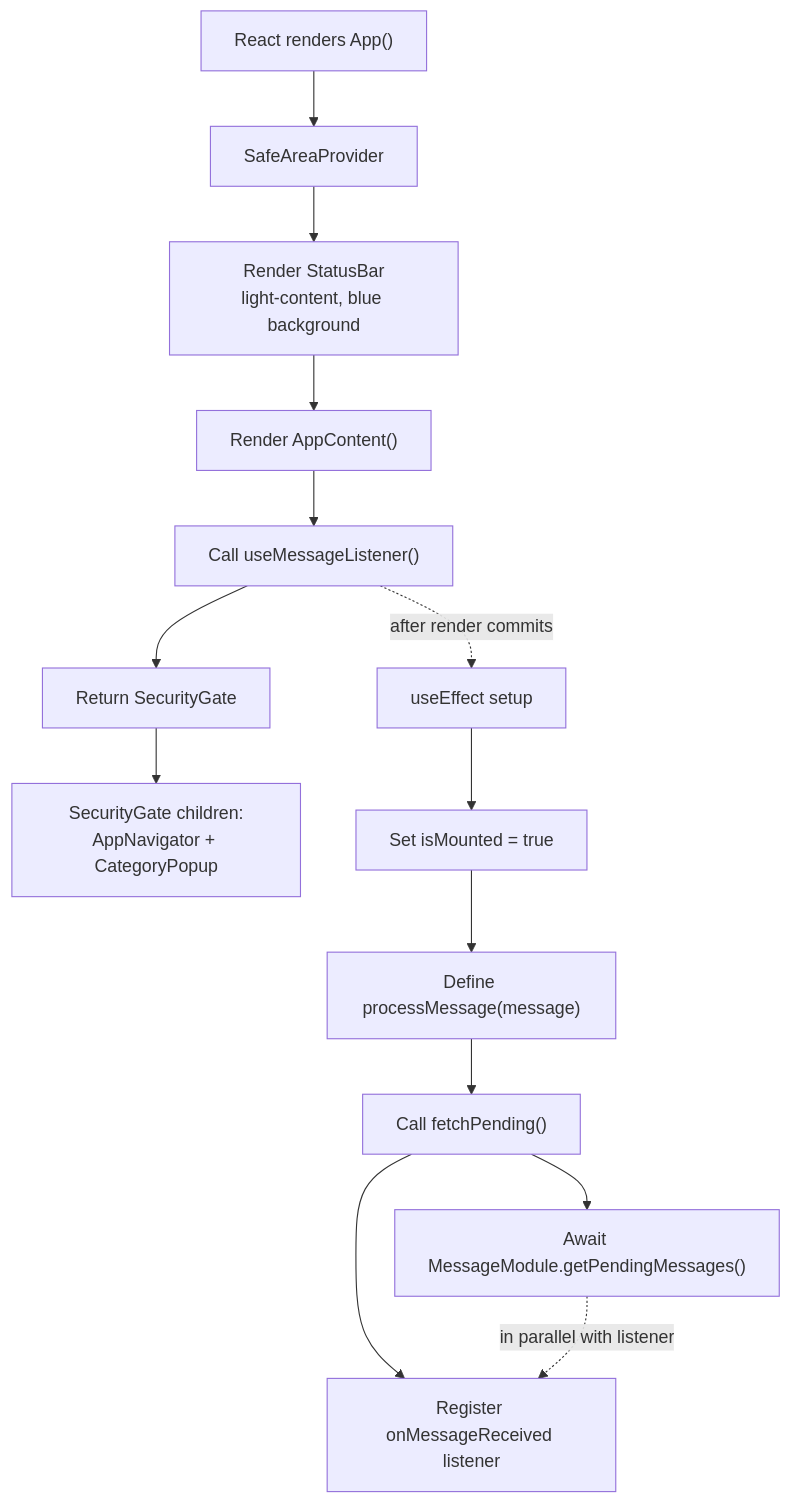
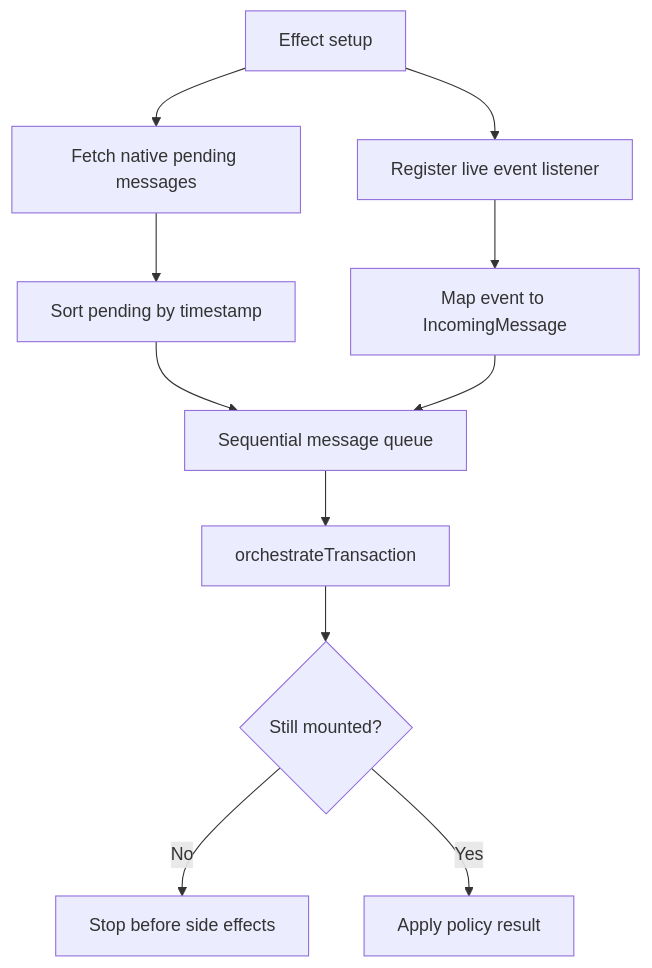
One commit to GangSagar/expenses-tracker-app changed the first of 2 diagrams in docs/APP_MESSAGE_LISTENER_FLOW.md. Above: the diagram before and after it, drawn with Mermaid. The commit also changed other lines of this file and 23 other files, not shown here.

Commit message:
refactor phase_v2: modularize transaction decision policy and modernize expense orchestration pipeline

````diff
--- a/docs/APP_MESSAGE_LISTENER_FLOW.md
+++ b/docs/APP_MESSAGE_LISTENER_FLOW.md
@@ -7,17 +15,13 @@
 ```mermaid
 flowchart TD
-    Entry["React renders App()"] --> SafeArea["SafeAreaProvider"]
-    SafeArea --> Status["Render StatusBar<br/>light-content, blue background"]
-    Status --> Content["Render AppContent()"]
-    Content --> Hook["Call useMessageListener()"]
-    Hook --> ReturnTree["Return SecurityGate"]
-    ReturnTree --> Children["SecurityGate children:<br/>AppNavigator + CategoryPopup"]
-
-    Hook -. "after render commits" .-> Effect["useEffect setup"]
-    Effect --> Mounted["Set isMounted = true"]
-    Mounted --> Define["Define processMessage(message)"]
-    Define --> FetchCall["Call fetchPending()"]
-    FetchCall --> AwaitPending["Await MessageModule.getPendingMessages()"]
-    FetchCall --> Register["Register onMessageReceived listener"]
-    AwaitPending -. "in parallel with listener" .-> Register
+    Setup["Effect setup"] --> Fetch["Fetch native pending messages"]
+    Setup --> Listen["Register live event listener"]
+    Fetch --> Sort["Sort pending by timestamp"]
+    Sort --> Queue["Sequential message queue"]
+    Listen --> Map["Map event to IncomingMessage"]
+    Map --> Queue
+    Queue --> Analyze["orchestrateTransaction"]
+    Analyze --> Mounted{"Still mounted?"}
+    Mounted -- No --> Stop["Stop before side effects"]
+    Mounted -- Yes --> Execute["Apply policy result"]
 ```
````
